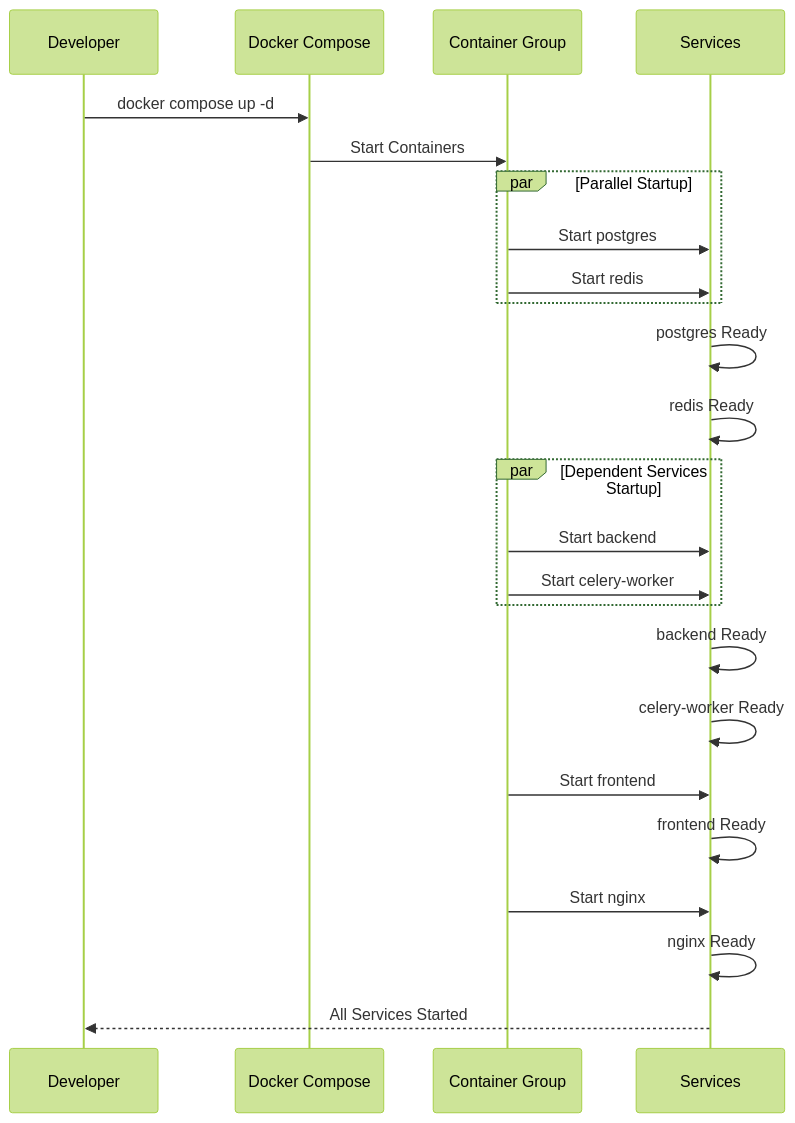
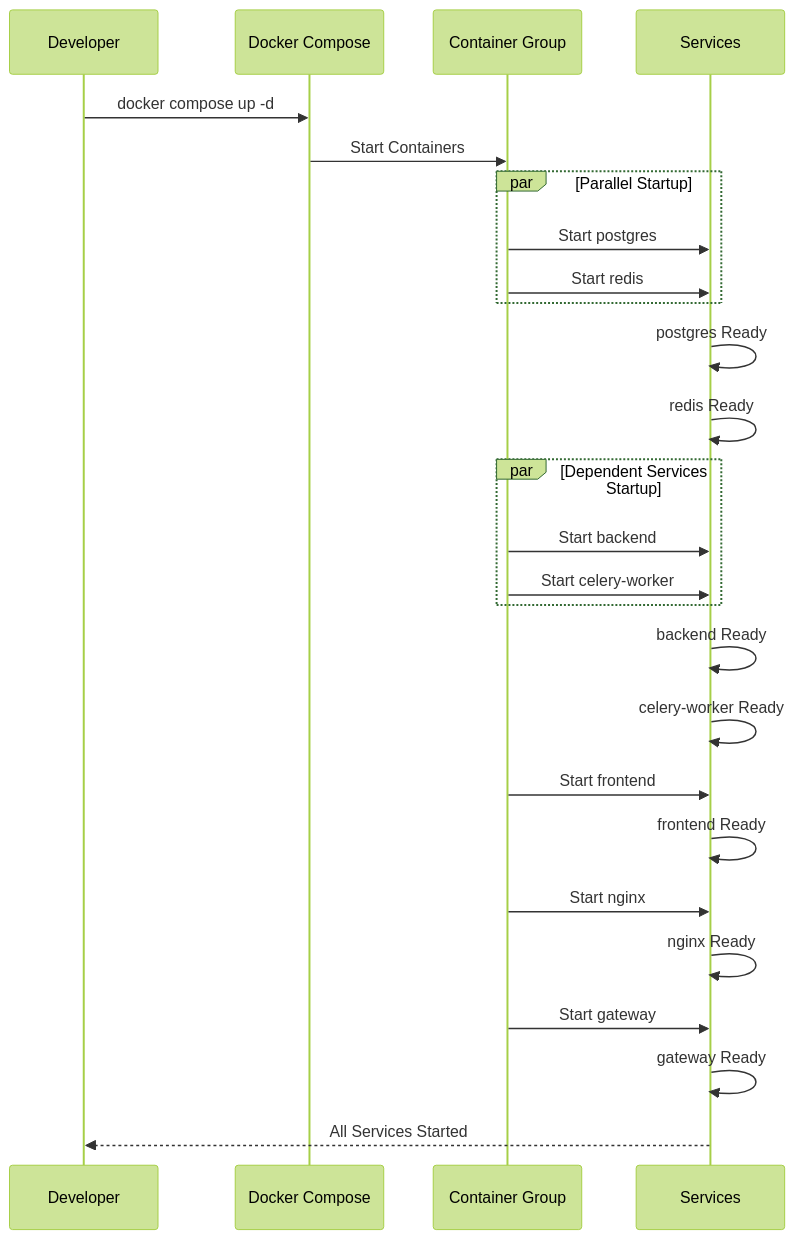
The fifth of 7 diagrams in docs/design/deployment-diagram.md (yukiharada1228/videoq), drawn with Mermaid (forest theme) before and after one commit. The commit also changed other lines of this file and 12 other files, not shown here.

Commit message:
docs: update system design, sequence diagrams, database schemas, and requirements docs

````diff
--- a/docs/design/deployment-diagram.md
+++ b/docs/design/deployment-diagram.md
@@ -180,34 +195,37 @@
 ```mermaid
 sequenceDiagram
     participant Dev as Developer
     participant Docker as Docker Compose
     participant Containers as Container Group
     participant Services as Services
 
     Dev->>Docker: docker compose up -d
     Docker->>Containers: Start Containers
     
     par Parallel Startup
         Containers->>Services: Start postgres
         Containers->>Services: Start redis
     end
     
     Services->>Services: postgres Ready
     Services->>Services: redis Ready
     
     par Dependent Services Startup
         Containers->>Services: Start backend
         Containers->>Services: Start celery-worker
     end
     
     Services->>Services: backend Ready
     Services->>Services: celery-worker Ready
     
     Containers->>Services: Start frontend
     Services->>Services: frontend Ready
     
     Containers->>Services: Start nginx
     Services->>Services: nginx Ready
+
+    Containers->>Services: Start gateway
+    Services->>Services: gateway Ready
     
     Services-->>Dev: All Services Started
 ```
````
